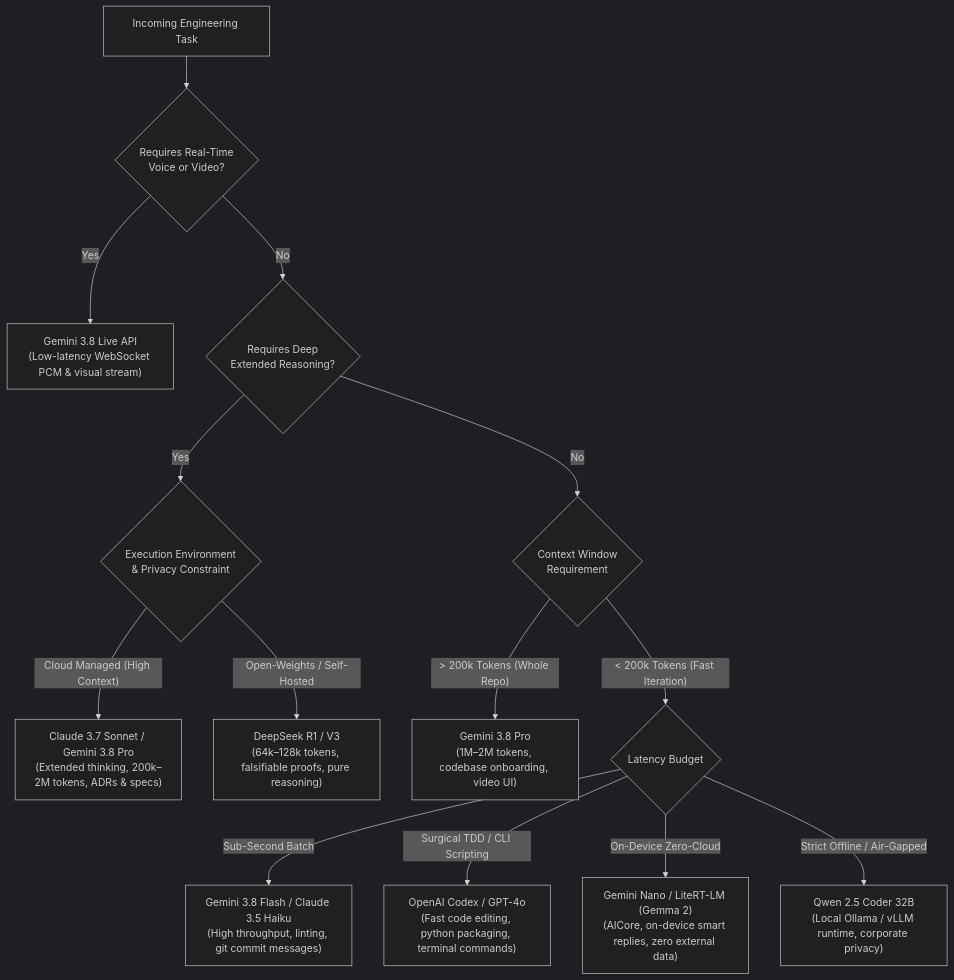
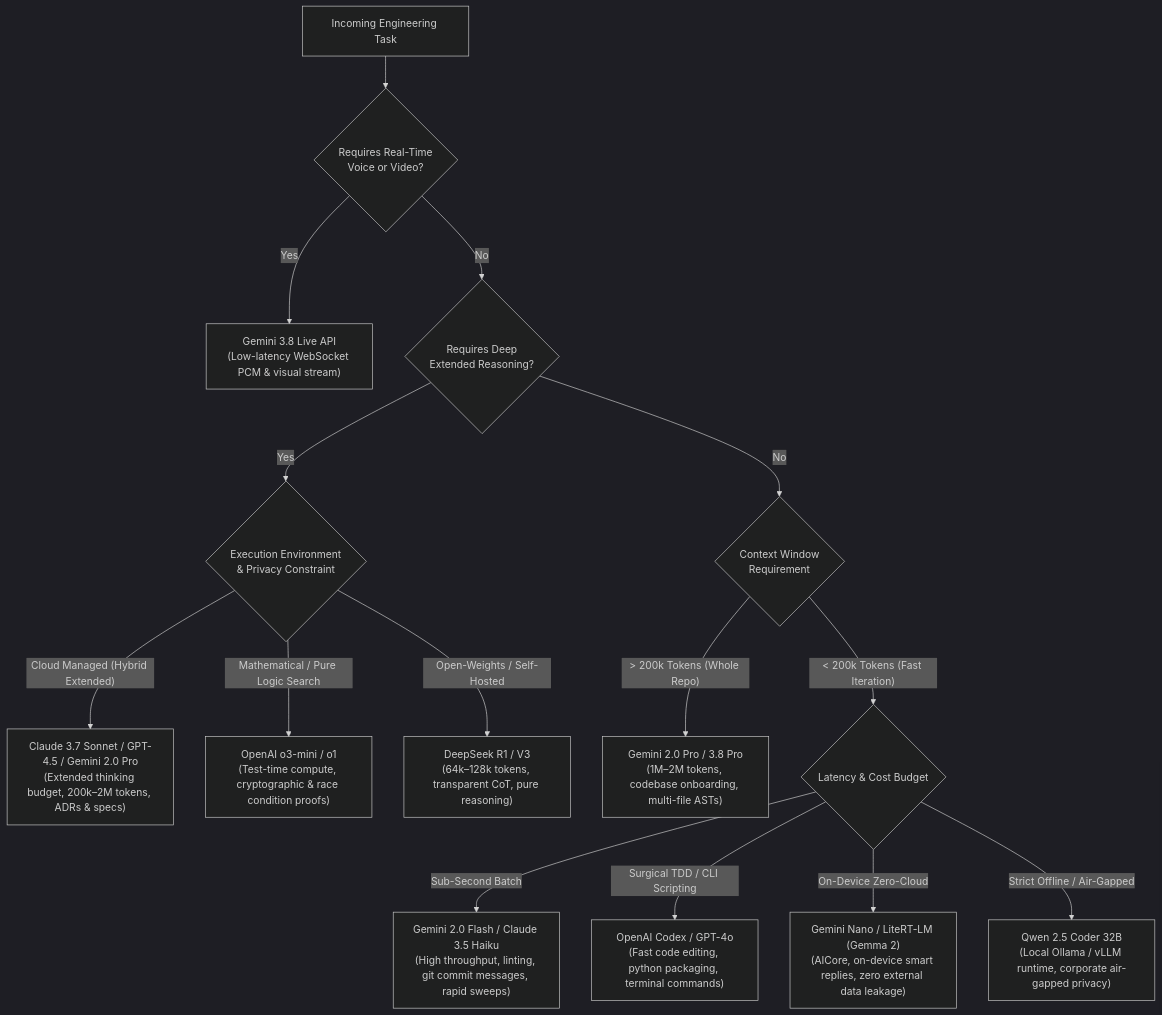
The first of 2 diagrams in docs/models/MODEL-ROUTING-MATRIX.md (Nownitya/Ai-Models-List), drawn with Mermaid (dark theme) before and after one commit. The commit also changed other lines of this file and 36 other files, not shown here.

Commit message:
feat(milestone): deliver Phases 1-5 — Playwright E2E suite, Frontier Model Routing Matrix, Multi-Agent Swarm Orchestrator, and SkillDock CLI

````diff
--- a/docs/models/MODEL-ROUTING-MATRIX.md
+++ b/docs/models/MODEL-ROUTING-MATRIX.md
@@ -9,20 +9,21 @@
 ```mermaid
 flowchart TD
     Start["Incoming Engineering Task"] --> Modality{"Requires Real-Time\nVoice or Video?"}
     
     Modality -- Yes --> LiveModel["Gemini 3.8 Live API\n(Low-latency WebSocket PCM & visual stream)"]
     Modality -- No --> ReasoningDepth{"Requires Deep\nExtended Reasoning?"}
     
     ReasoningDepth -- Yes --> PrivacyScope{"Execution Environment\n& Privacy Constraint"}
-    PrivacyScope -- "Cloud Managed (High Context)" --> ArchitectModel["Claude 3.7 Sonnet / Gemini 3.8 Pro\n(Extended thinking, 200k–2M tokens, ADRs & specs)"]
-    PrivacyScope -- "Open-Weights / Self-Hosted" --> DeepSeekModel["DeepSeek R1 / V3\n(64k–128k tokens, falsifiable proofs, pure reasoning)"]
+    PrivacyScope -- "Cloud Managed (Hybrid Extended)" --> ArchitectModel["Claude 3.7 Sonnet / GPT-4.5 / Gemini 2.0 Pro\n(Extended thinking budget, 200k–2M tokens, ADRs & specs)"]
+    PrivacyScope -- "Mathematical / Pure Logic Search" --> O3Model["OpenAI o3-mini / o1\n(Test-time compute, cryptographic & race condition proofs)"]
+    PrivacyScope -- "Open-Weights / Self-Hosted" --> DeepSeekModel["DeepSeek R1 / V3\n(64k–128k tokens, transparent CoT, pure reasoning)"]
     
     ReasoningDepth -- No --> ContextVolume{"Context Window\nRequirement"}
-    ContextVolume -- "> 200k Tokens (Whole Repo)" --> LongContext["Gemini 3.8 Pro\n(1M–2M tokens, codebase onboarding, video UI)"]
-    ContextVolume -- "< 200k Tokens (Fast Iteration)" --> FastTrack{"Latency Budget"}
+    ContextVolume -- "> 200k Tokens (Whole Repo)" --> LongContext["Gemini 2.0 Pro / 3.8 Pro\n(1M–2M tokens, codebase onboarding, multi-file ASTs)"]
+    ContextVolume -- "< 200k Tokens (Fast Iteration)" --> FastTrack{"Latency & Cost Budget"}
     
-    FastTrack -- "Sub-Second Batch" --> FlashModel["Gemini 3.8 Flash / Claude 3.5 Haiku\n(High throughput, linting, git commit messages)"]
+    FastTrack -- "Sub-Second Batch" --> FlashModel["Gemini 2.0 Flash / Claude 3.5 Haiku\n(High throughput, linting, git commit messages, rapid sweeps)"]
     FastTrack -- "Surgical TDD / CLI Scripting" --> CodexModel["OpenAI Codex / GPT-4o\n(Fast code editing, python packaging, terminal commands)"]
-    FastTrack -- "On-Device Zero-Cloud" --> EdgeModel["Gemini Nano / LiteRT-LM (Gemma 2)\n(AICore, on-device smart replies, zero external data)"]
-    FastTrack -- "Strict Offline / Air-Gapped" --> LocalModel["Qwen 2.5 Coder 32B\n(Local Ollama / vLLM runtime, corporate privacy)"]
+    FastTrack -- "On-Device Zero-Cloud" --> EdgeModel["Gemini Nano / LiteRT-LM (Gemma 2)\n(AICore, on-device smart replies, zero external data leakage)"]
+    FastTrack -- "Strict Offline / Air-Gapped" --> LocalModel["Qwen 2.5 Coder 32B\n(Local Ollama / vLLM runtime, corporate air-gapped privacy)"]
 ```
````
